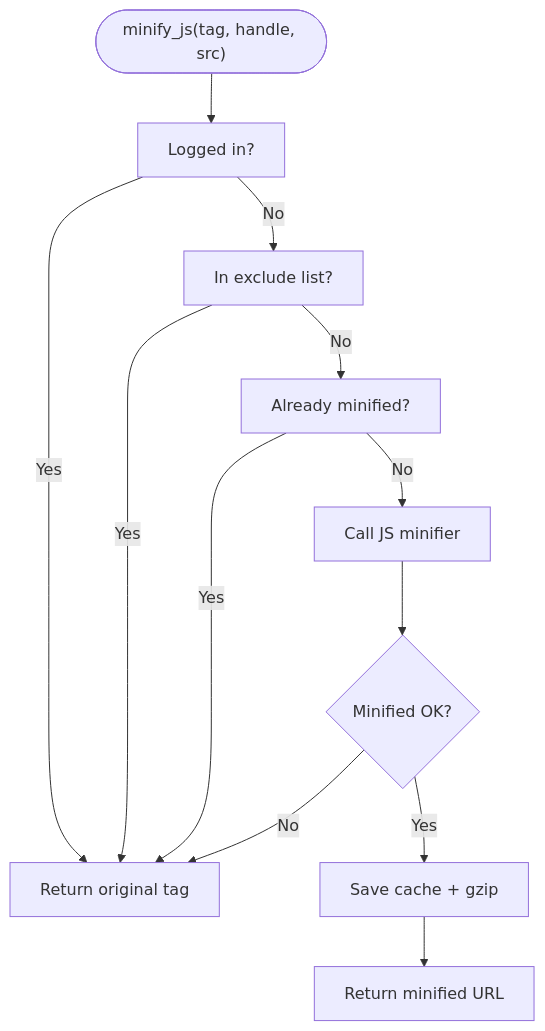
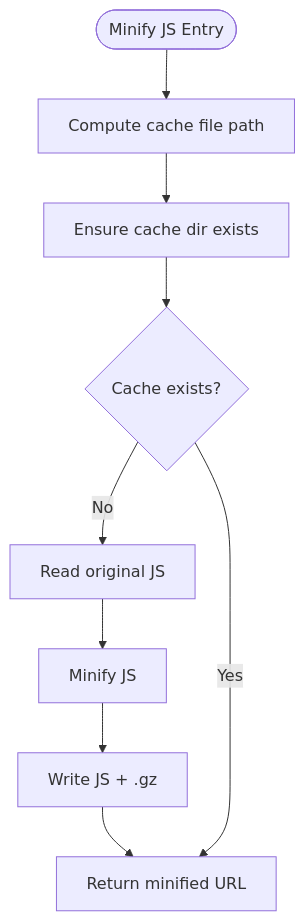
The third of 8 diagrams in .qoder/repowiki/en/content/Asset Optimization/JavaScript Optimization.md (nilesh32236/performance-optimisation), drawn with Mermaid before and after one commit. The commit also changed other lines of this file and 46 other files, not shown here.

````diff
--- a/.qoder/repowiki/en/content/Asset Optimization/JavaScript Optimization.md
+++ b/.qoder/repowiki/en/content/Asset Optimization/JavaScript Optimization.md
@@ -149,14 +146,11 @@
 ```mermaid
 flowchart TD
-Start(["minify_js(tag, handle, src)"]) --> CheckUser["Logged in?"]
-CheckUser --> |Yes| ReturnOriginal["Return original tag"]
-CheckUser --> |No| CheckExclusions["In exclude list?"]
-CheckExclusions --> |Yes| ReturnOriginal
-CheckExclusions --> |No| AlreadyMin["Already minified?"]
-AlreadyMin --> |Yes| ReturnOriginal
-AlreadyMin --> |No| CallMin["Call JS minifier"]
-CallMin --> MinOK{"Minified OK?"}
-MinOK --> |No| ReturnOriginal
-MinOK --> |Yes| SaveCache["Save cache + gzip"]
-SaveCache --> ReturnMin["Return minified URL"]
+Start(["Minify JS Entry"]) --> GetPath["Compute cache file path"]
+GetPath --> EnsureDir["Ensure cache dir exists"]
+EnsureDir --> Exists{"Cache exists?"}
+Exists --> |No| Read["Read original JS"]
+Read --> Minify["Minify JS"]
+Minify --> Write["Write JS + .gz"]
+Write --> ReturnURL["Return minified URL"]
+Exists --> |Yes| ReturnURL
 ```
````
